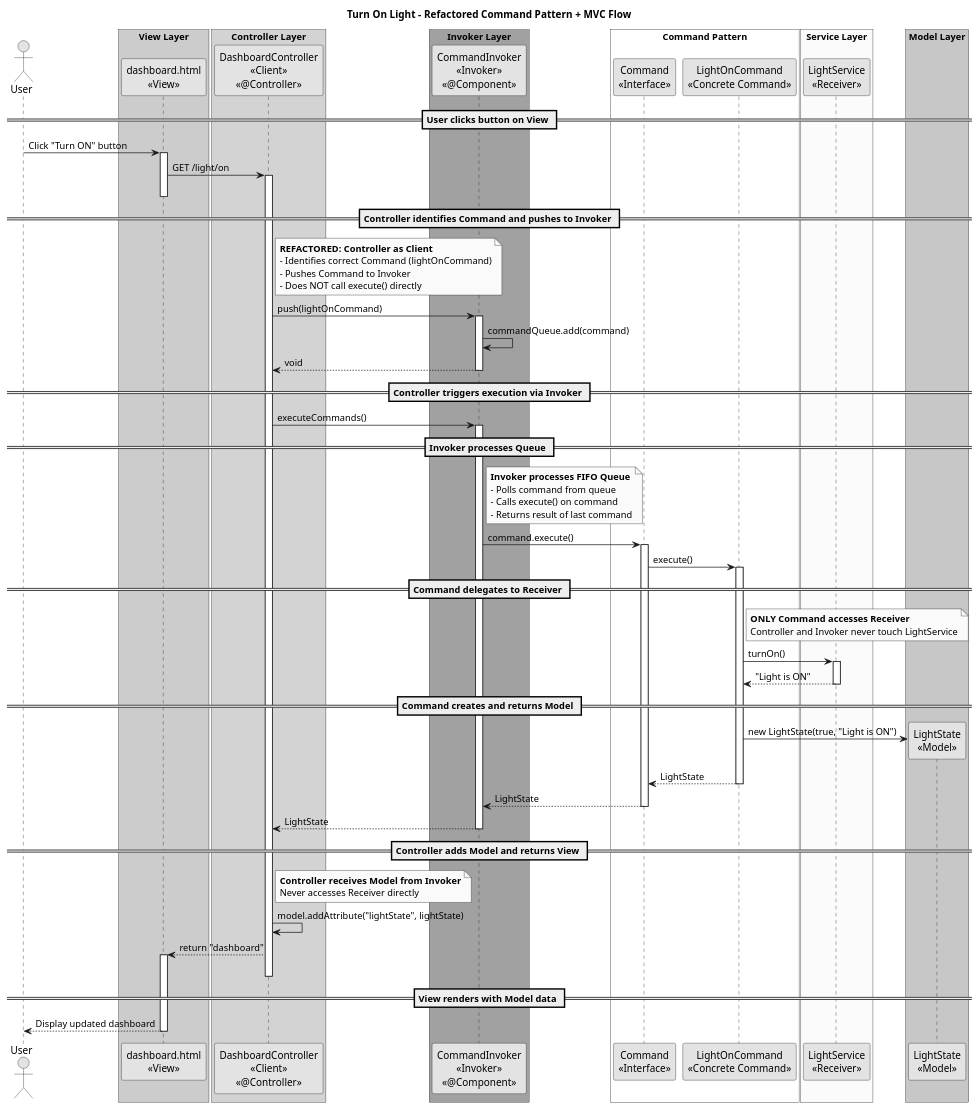
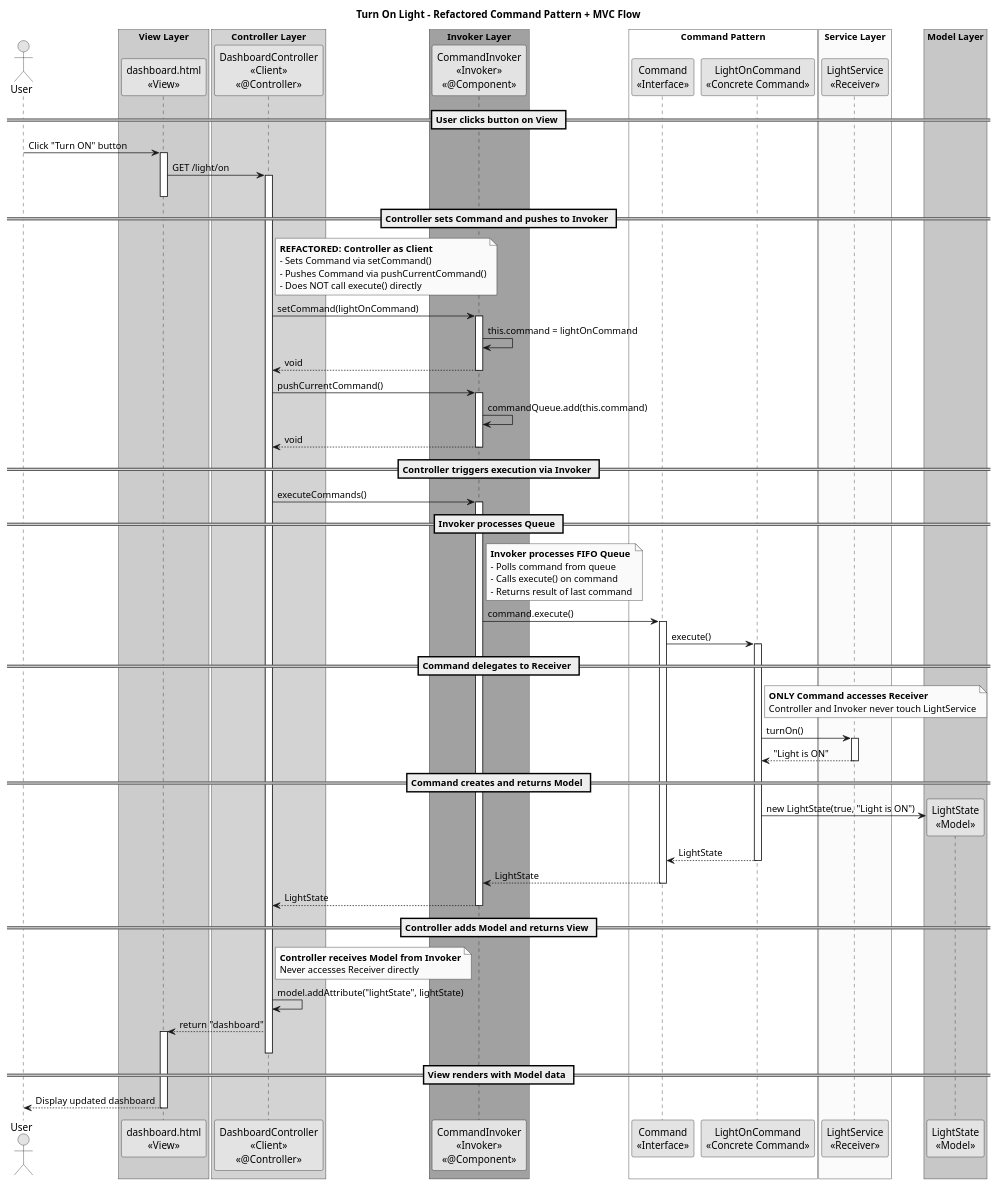
One commit to Mostafa-abozead/commandpattern-MVC- changed the second of 2 diagrams in docs/COMMAND_PATTERN.md. Above: the diagram before and after it, drawn with PlantUML. The commit also changed other lines of this file and 4 other files, not shown here.

Commit message:
Add setCommand() method to CommandInvoker for setting command before pushing

```diff
--- a/docs/COMMAND_PATTERN.md
+++ b/docs/COMMAND_PATTERN.md
@@ -277,18 +281,23 @@
 activate controller
 deactivate view
 
-== Controller identifies Command and pushes to Invoker ==
+== Controller sets Command and pushes to Invoker ==
 note right of controller
   **REFACTORED: Controller as Client**
-  - Identifies correct Command (lightOnCommand)
-  - Pushes Command to Invoker
+  - Sets Command via setCommand()
+  - Pushes Command via pushCurrentCommand()
   - Does NOT call execute() directly
 end note
 
-controller -> invoker : push(lightOnCommand)
+controller -> invoker : setCommand(lightOnCommand)
 activate invoker
+invoker -> invoker : this.command = lightOnCommand
+invoker --> controller : void
+deactivate invoker
 
-invoker -> invoker : commandQueue.add(command)
+controller -> invoker : pushCurrentCommand()
+activate invoker
+invoker -> invoker : commandQueue.add(this.command)
 invoker --> controller : void
 deactivate invoker
 
```
